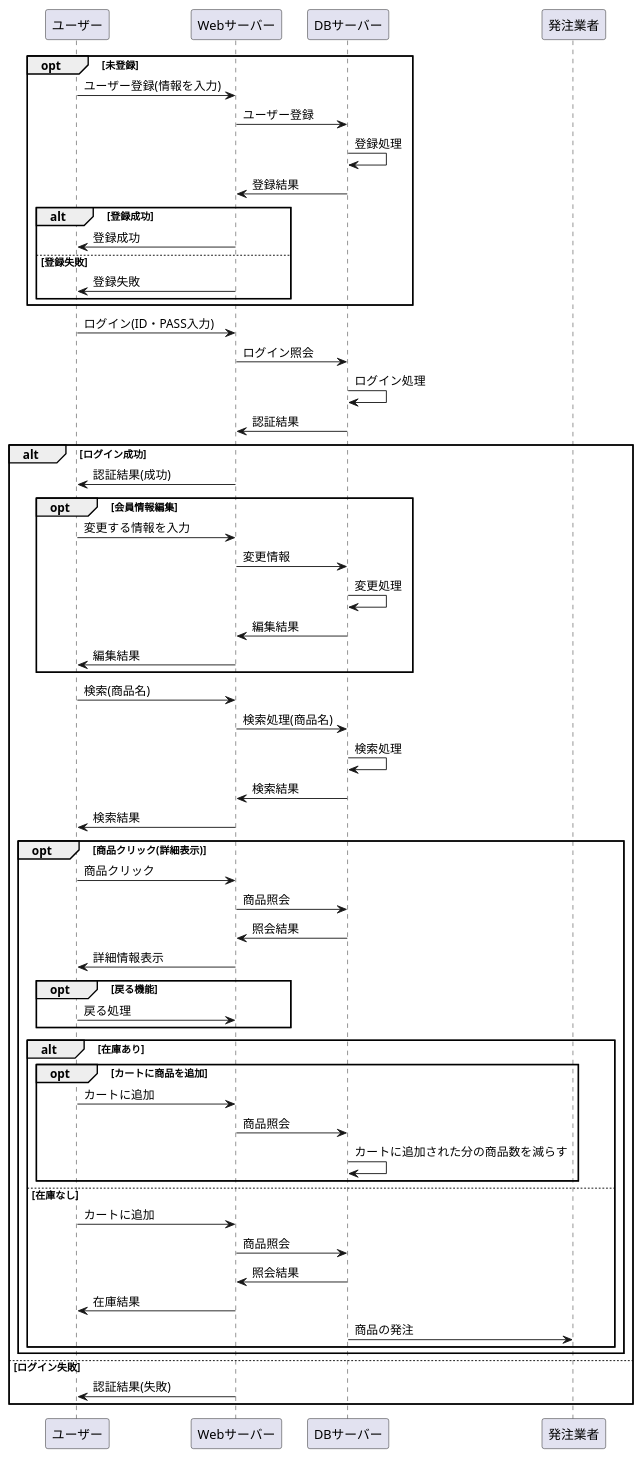
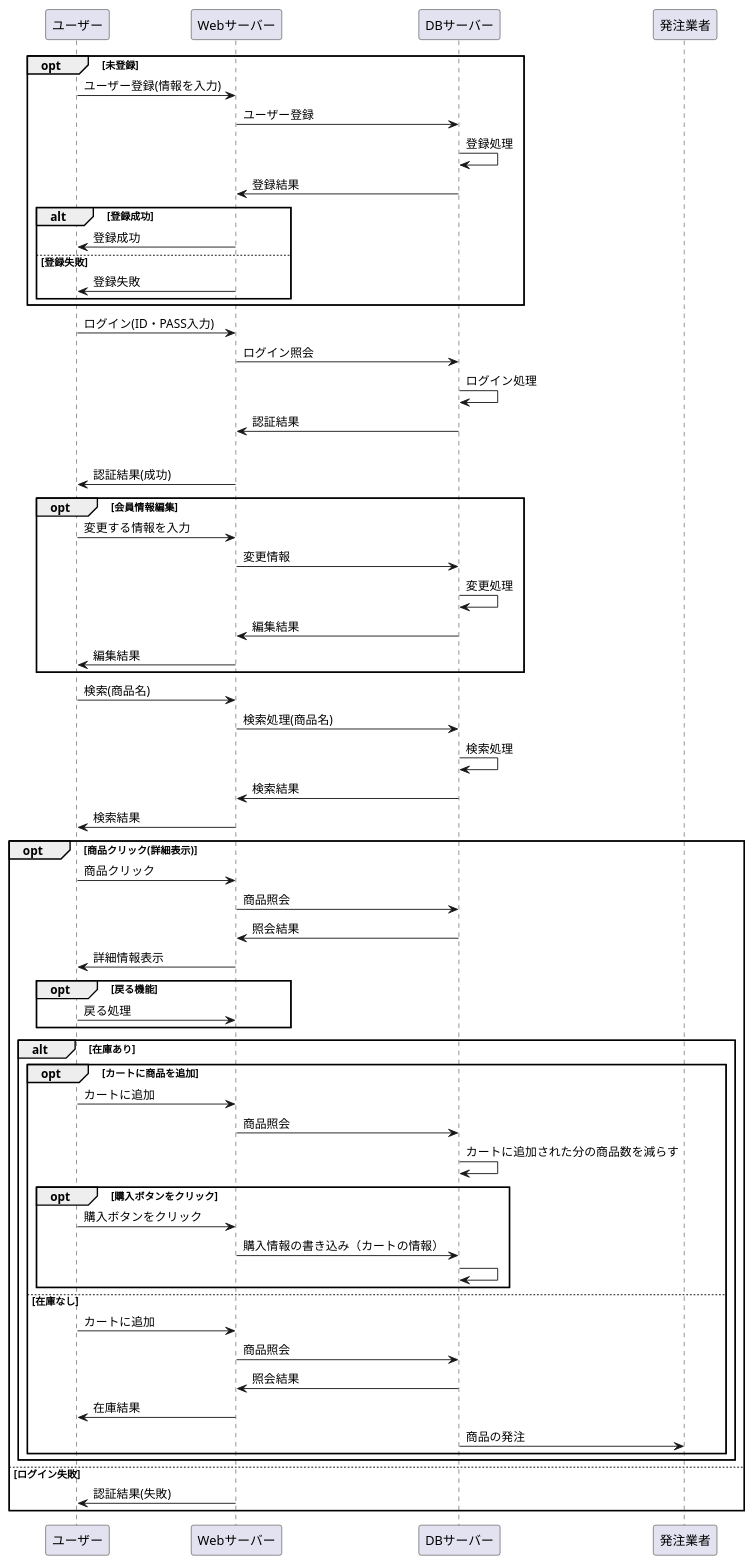
Before and after one commit to Aso2001221/DevSampleSystem: the diagram in 02_業務フロー/flow.md, drawn with PlantUML.

````diff
--- a/02_業務フロー/flow.md
+++ b/02_業務フロー/flow.md
@@ -1,64 +1,68 @@
 ```uml
 @startuml
 opt 未登録
 ユーザー -> Webサーバー : ユーザー登録(情報を入力)
 Webサーバー -> DBサーバー : ユーザー登録
 DBサーバー -> DBサーバー : 登録処理
 DBサーバー -> Webサーバー : 登録結果
 
 alt 登録成功
 Webサーバー -> ユーザー : 登録成功
 else 登録失敗
 Webサーバー -> ユーザー : 登録失敗
 end
 end
 
 ユーザー -> Webサーバー : ログイン(ID・PASS入力)
 Webサーバー -> DBサーバー : ログイン照会
 DBサーバー -> DBサーバー : ログイン処理
 DBサーバー -> Webサーバー : 認証結果
 
 alt ログイン成功
 Webサーバー -> ユーザー : 認証結果(成功)
 
 opt 会員情報編集
 ユーザー -> Webサーバー : 変更する情報を入力
 Webサーバー -> DBサーバー :変更情報
 DBサーバー -> DBサーバー : 変更処理
 DBサーバー -> Webサーバー : 編集結果
 Webサーバー -> ユーザー : 編集結果
 end
 
 ユーザー -> Webサーバー : 検索(商品名)
 Webサーバー -> DBサーバー : 検索処理(商品名)
 DBサーバー -> DBサーバー : 検索処理
 DBサーバー -> Webサーバー : 検索結果
 Webサーバー -> ユーザー : 検索結果
 
 opt 商品クリック(詳細表示)
 ユーザー -> Webサーバー : 商品クリック
 Webサーバー -> DBサーバー : 商品照会
 DBサーバー -> Webサーバー : 照会結果
 Webサーバー -> ユーザー : 詳細情報表示
 opt 戻る機能
 ユーザー -> Webサーバー : 戻る処理
 end
 alt 在庫あり
 opt カートに商品を追加
 ユーザー -> Webサーバー : カートに追加
 Webサーバー -> DBサーバー : 商品照会
 DBサーバー -> DBサーバー : カートに追加された分の商品数を減らす
+opt 購入ボタンをクリック
+ユーザー -> Webサーバー :購入ボタンをクリック
+Webサーバー -> DBサーバー :購入情報の書き込み（カートの情報）
+DBサーバー -> DBサーバー :
 end
 else 在庫なし
 ユーザー -> Webサーバー : カートに追加
 Webサーバー -> DBサーバー : 商品照会
 DBサーバー -> Webサーバー : 照会結果
 Webサーバー -> ユーザー : 在庫結果
 DBサーバー -> 発注業者 : 商品の発注
 end
 end
 else ログイン失敗
 Webサーバー -> ユーザー : 認証結果(失敗)
 end
 @enduml
 ```
````
